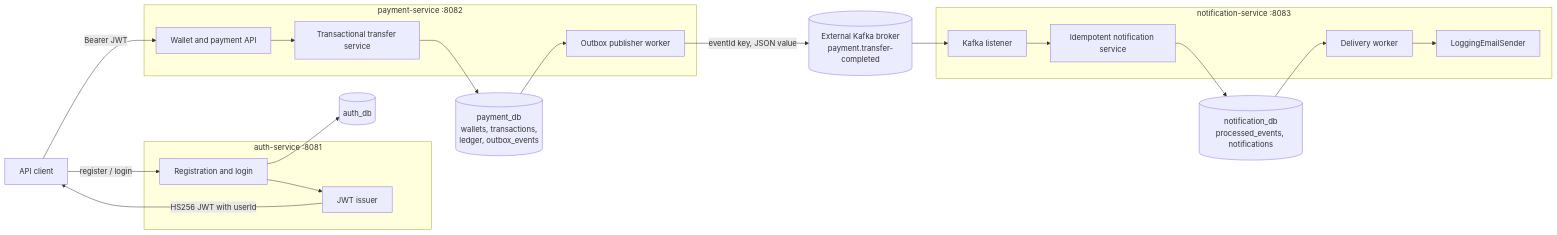
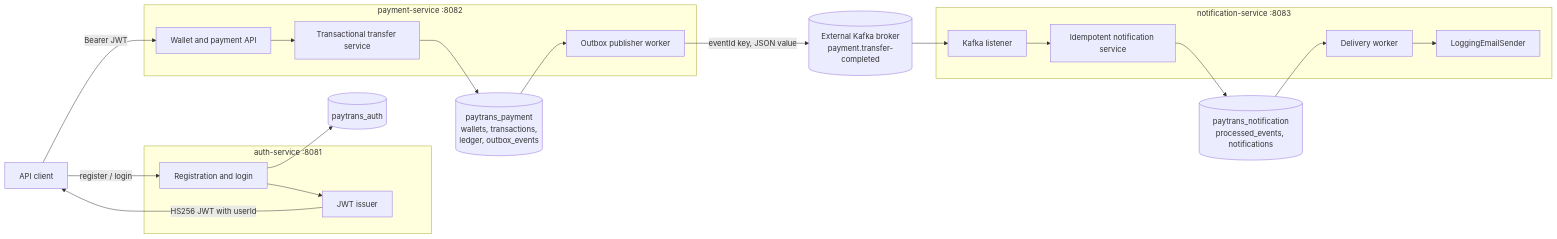
One commit to kemalefekolayli/payflow_remake changed the first of 2 diagrams in README.md. Above: the diagram before and after it, drawn with Mermaid. The commit also changed other lines of this file and 188 other files, not shown here.

````diff
--- a/README.md
+++ b/README.md
@@ -33,44 +33,44 @@
 ```mermaid
 flowchart LR
     Client[API client]
 
     subgraph Auth["auth-service :8081"]
         AuthAPI[Registration and login]
         JWT[JWT issuer]
     end
-    AuthDB[(auth_db)]
+    AuthDB[(paytrans_auth)]
 
     subgraph Payment["payment-service :8082"]
         PaymentAPI[Wallet and payment API]
         Transfer[Transactional transfer service]
         OutboxWorker[Outbox publisher worker]
     end
-    PaymentDB[(payment_db<br/>wallets, transactions,<br/>ledger, outbox_events)]
+    PaymentDB[(paytrans_payment<br/>wallets, transactions,<br/>ledger, outbox_events)]
 
     Kafka[(External Kafka broker<br/>payment.transfer-completed)]
 
     subgraph Notification["notification-service :8083"]
         Listener[Kafka listener]
         NotificationLogic[Idempotent notification service]
         DeliveryWorker[Delivery worker]
         Email[LoggingEmailSender]
     end
-    NotificationDB[(notification_db<br/>processed_events, notifications)]
+    NotificationDB[(paytrans_notification<br/>processed_events, notifications)]
 
     Client -->|register / login| AuthAPI
     AuthAPI --> AuthDB
     AuthAPI --> JWT
     JWT -->|HS256 JWT with userId| Client
 
     Client -->|Bearer JWT| PaymentAPI
     PaymentAPI --> Transfer
     Transfer --> PaymentDB
     PaymentDB --> OutboxWorker
     OutboxWorker -->|eventId key, JSON value| Kafka
 
     Kafka --> Listener
     Listener --> NotificationLogic
     NotificationLogic --> NotificationDB
     NotificationDB --> DeliveryWorker
     DeliveryWorker --> Email
 ```
````
